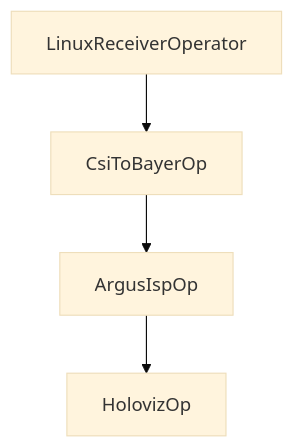
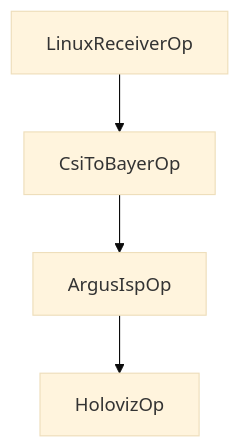
The sixth of 11 diagrams in docs/user_guide/applications.mdx (nvidia-holoscan/holoscan-sensor-bridge), drawn with Mermaid before and after one commit. The commit also changed other lines of this file and 1008 other files, not shown here.

````diff
--- a/docs/user_guide/applications.mdx
+++ b/docs/user_guide/applications.mdx
@@ -554,9 +625,9 @@
 ```mermaid
 %%{init: {"theme": "base", "themeVariables": { }} }%%
  
 graph
  
-    r[LinuxReceiverOperator] --> c[CsiToBayerOp]
+    r[LinuxReceiverOp] --> c[CsiToBayerOp]
     c --> i[ArgusIspOp]
     i --> v[HolovizOp]
 ```
````
